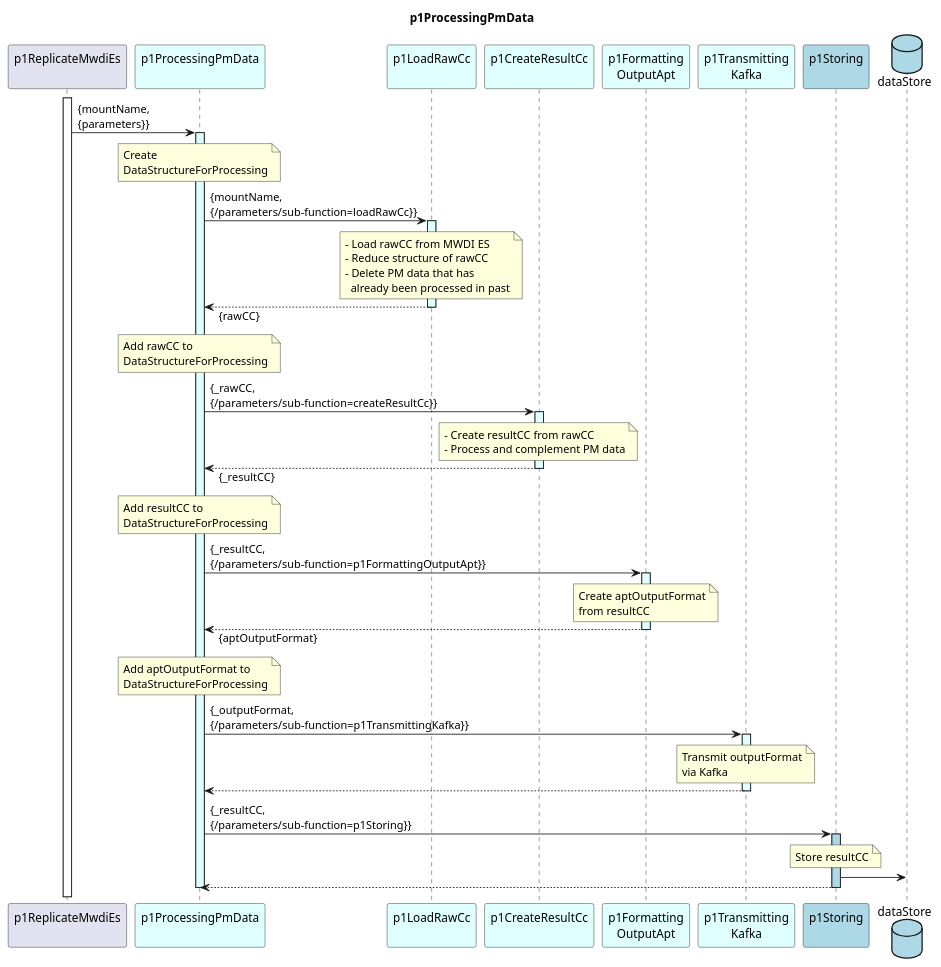
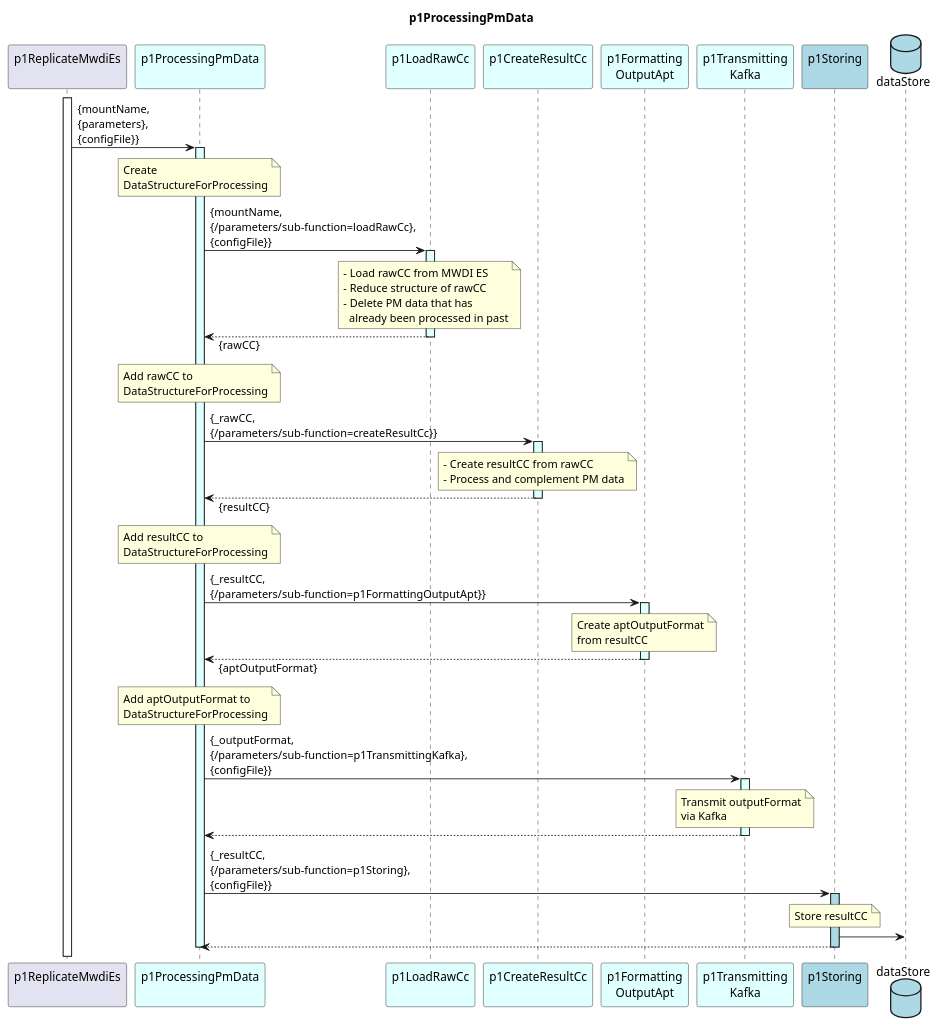
Before and after one commit to openBackhaul/DevicePerformanceManagementDataProcessor: the diagram in spec/Functions/specificFunctions/p1ProcessingPmData/1.0.0/p1ProcessingPmData.plantuml, drawn with PlantUML. The commit also changed 13 other files, not shown here.

```diff
--- a/spec/Functions/specificFunctions/p1ProcessingPmData/1.0.0/p1ProcessingPmData.plantuml
+++ b/spec/Functions/specificFunctions/p1ProcessingPmData/1.0.0/p1ProcessingPmData.plantuml
@@ -1,103 +1,103 @@
 @startuml p1ProcessingPmData
 skinparam responseMessageBelowArrow true
 
 title
   p1ProcessingPmData
 end title
 
 participant "p1ReplicateMwdiEs\n" as requestor
 participant "p1ProcessingPmData\n" as p1ProOrch #LightCyan
 participant "p1LoadRawCc\n" as p1AddRaw #LightCyan
 participant "p1CreateResultCc\n" as p1CRC #LightCyan
 participant "p1Formatting\nOutputApt" as p1Output #LightCyan
 participant "p1Transmitting\nKafka" as p1Trans #LightCyan
 participant "p1Storing\n" as p1Store #LightBlue
 database "dataStore" as db #LightBlue
 
 
 activate requestor
 
-requestor -> p1ProOrch : {mountName,\n{parameters}}
+requestor -> p1ProOrch : {mountName,\n{parameters},\n{configFile}}
 activate p1ProOrch #LightCyan
 
   note over p1ProOrch
     Create
     DataStructureForProcessing
   end note
 
-  p1ProOrch -> p1AddRaw : {mountName,\n{/parameters/sub-function=loadRawCc}}
+  p1ProOrch -> p1AddRaw : {mountName,\n{/parameters/sub-function=loadRawCc},\n{configFile}}
   activate p1AddRaw #LightCyan
 
     note over p1AddRaw
       - Load rawCC from MWDI ES
       - Reduce structure of rawCC
       - Delete PM data that has
         already been processed in past
     end note
 
   p1ProOrch <-- p1AddRaw : {rawCC}
   deactivate p1AddRaw
 
   note over p1ProOrch
     Add rawCC to
     DataStructureForProcessing
   end note
 
   p1ProOrch -> p1CRC : {_rawCC,\n{/parameters/sub-function=createResultCc}}
   activate p1CRC #LightCyan
 
     note over p1CRC
       - Create resultCC from rawCC
       - Process and complement PM data
     end note
 
-  p1ProOrch <-- p1CRC : {_resultCC}
+  p1ProOrch <-- p1CRC : {resultCC}
   deactivate p1CRC
 
   note over p1ProOrch
     Add resultCC to
     DataStructureForProcessing
   end note
 
   p1ProOrch -> p1Output : {_resultCC,\n{/parameters/sub-function=p1FormattingOutputApt}}
   activate p1Output #LightCyan
 
     note over p1Output
       Create aptOutputFormat
       from resultCC
     end note
 
   p1ProOrch <-- p1Output : {aptOutputFormat}
   deactivate p1Output
 
   note over p1ProOrch
     Add aptOutputFormat to
     DataStructureForProcessing
   end note
 
-  p1ProOrch -> p1Trans : {_outputFormat,\n{/parameters/sub-function=p1TransmittingKafka}}
+  p1ProOrch -> p1Trans : {_outputFormat,\n{/parameters/sub-function=p1TransmittingKafka},\n{configFile}}
   activate p1Trans #LightCyan
 
     note over p1Trans
       Transmit outputFormat
       via Kafka
     end note
 
   p1ProOrch <-- p1Trans
   deactivate p1Trans
 
-  p1ProOrch -> p1Store : {_resultCC,\n{/parameters/sub-function=p1Storing}}
+  p1ProOrch -> p1Store : {_resultCC,\n{/parameters/sub-function=p1Storing},\n{configFile}}
   activate p1Store #LightBlue
 
     note over p1Store
       Store resultCC
     end note
 
     p1Store -> db
 
   p1ProOrch <-- p1Store
   deactivate p1Store
 
 deactivate p1ProOrch
 
 @enduml
```
